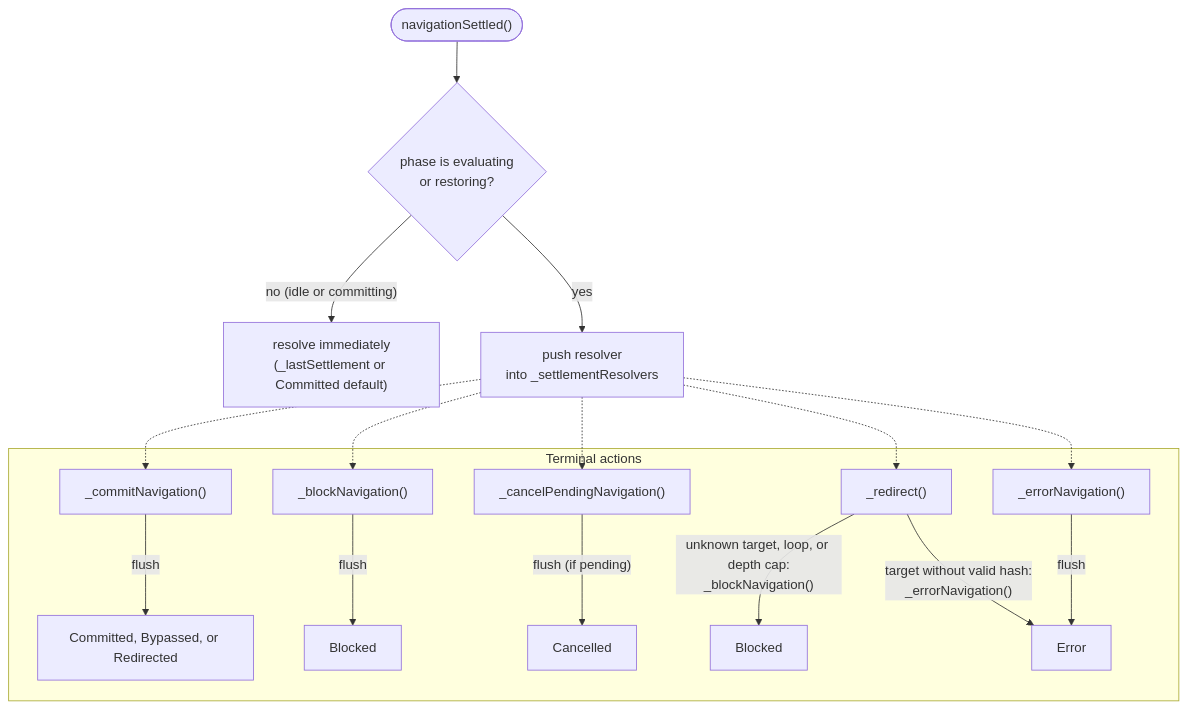
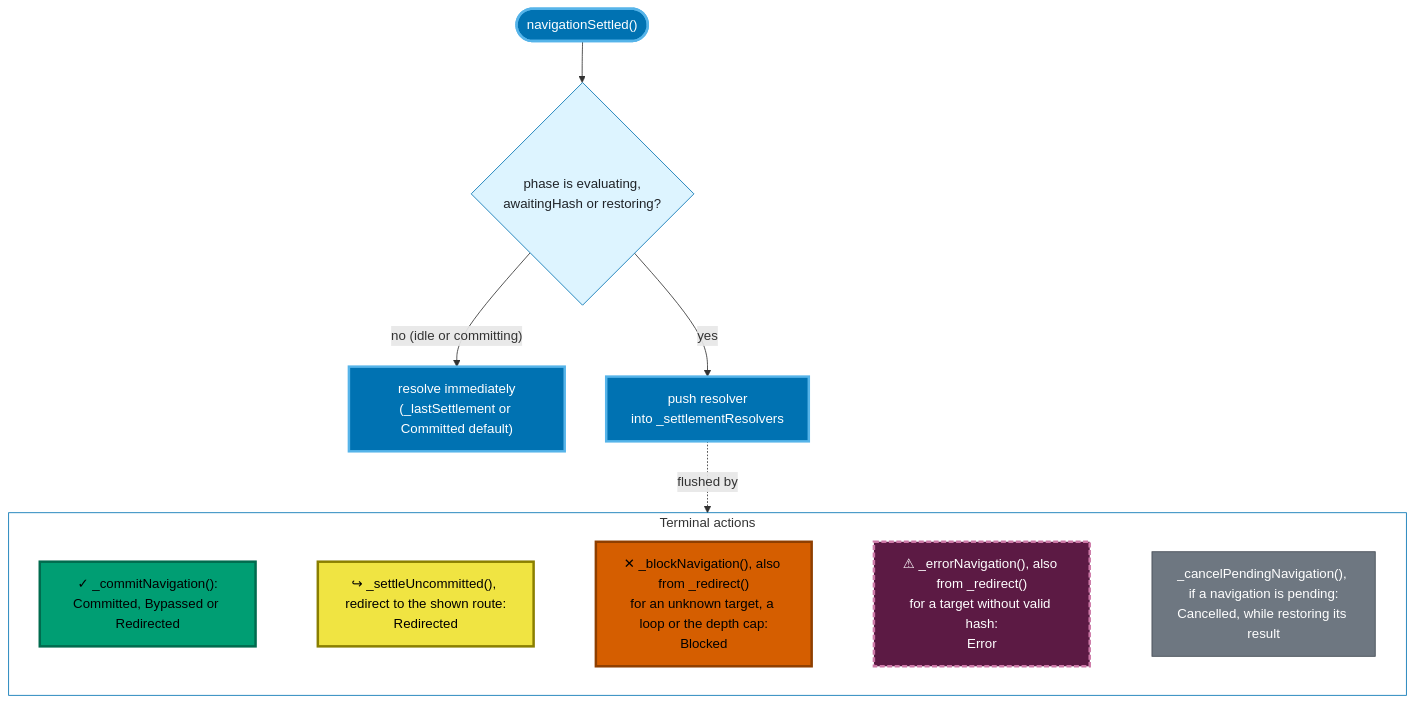
One commit to wridgeu/ui5-lib-guard-router changed the seventh of 10 diagrams in docs/reference/architecture.md. Above: the diagram before and after it, drawn with Mermaid. The commit also changed other lines of this file and 202 other files, not shown here.

````diff
--- a/docs/reference/architecture.md
+++ b/docs/reference/architecture.md
@@ -730,21 +733,32 @@
 ```mermaid
 flowchart TD
-    call(["navigationSettled()"]) --> pending{phase is evaluating<br/>or restoring?}
+    call(["navigationSettled()"]) --> pending{"phase is evaluating,<br/>awaitingHash or restoring?"}
     pending -- "no (idle or committing)" --> immediate["resolve immediately<br/>(_lastSettlement or Committed default)"]
     pending -- "yes" --> push["push resolver<br/>into _settlementResolvers"]
+    push -. "flushed by" .-> actions
 
-    subgraph "Terminal actions"
-        commit["_commitNavigation()"] -- "flush" --> fcommit["Committed, Bypassed, or Redirected"]
-        block["_blockNavigation()"] -- "flush" --> fblock["Blocked"]
-        cancel["_cancelPendingNavigation()"] -- "flush (if pending)" --> fcancel["Cancelled"]
-        redirect["_redirect()"] -- "unknown target, loop, or depth cap:<br/>_blockNavigation()" --> fredirect["Blocked"]
-        errornav["_errorNavigation()"] -- "flush" --> ferror["Error"]
-        redirect -- "target without valid hash:<br/>_errorNavigation()" --> ferror
+    subgraph actions ["Terminal actions"]
+        commit["✓ _commitNavigation():<br/>Committed, Bypassed or Redirected"]
+        settle["↪ _settleUncommitted(), redirect to the shown route:<br/>Redirected"]
+        block["✕ _blockNavigation(), also from _redirect()<br/>for an unknown target, a loop or the depth cap:<br/>Blocked"]
+        errornav["⚠ _errorNavigation(), also from _redirect()<br/>for a target without valid hash:<br/>Error"]
+        cancel["_cancelPendingNavigation(), if a navigation is pending:<br/>Cancelled, while restoring its result"]
+        commit ~~~ settle ~~~ block ~~~ errornav ~~~ cancel
     end
 
-    push -.-> commit
-    push -.-> block
-    push -.-> cancel
-    push -.-> redirect
-    push -.-> errornav
+    classDef native fill:#6e7781,stroke:#424a53,color:#ffffff
+    classDef added fill:#0072B2,stroke:#56B4E9,stroke-width:3px,color:#ffffff
+    classDef decision fill:#ddf4ff,stroke:#0072B2,color:#1f2328
+    classDef commit fill:#009E73,stroke:#006b4e,stroke-width:3px,color:#000000
+    classDef redirect fill:#F0E442,stroke:#8a7f00,stroke-width:3px,color:#000000
+    classDef block fill:#D55E00,stroke:#8f3f00,stroke-width:3px,color:#000000
+    classDef error fill:#5c1a44,stroke:#CC79A7,stroke-width:3px,stroke-dasharray:6 3,color:#ffffff
+    class cancel native
+    class call,immediate,push added
+    class pending decision
+    class commit commit
+    class settle redirect
+    class block block
+    class errornav error
+    style actions fill:none,stroke:#0072B2
 ```
````
